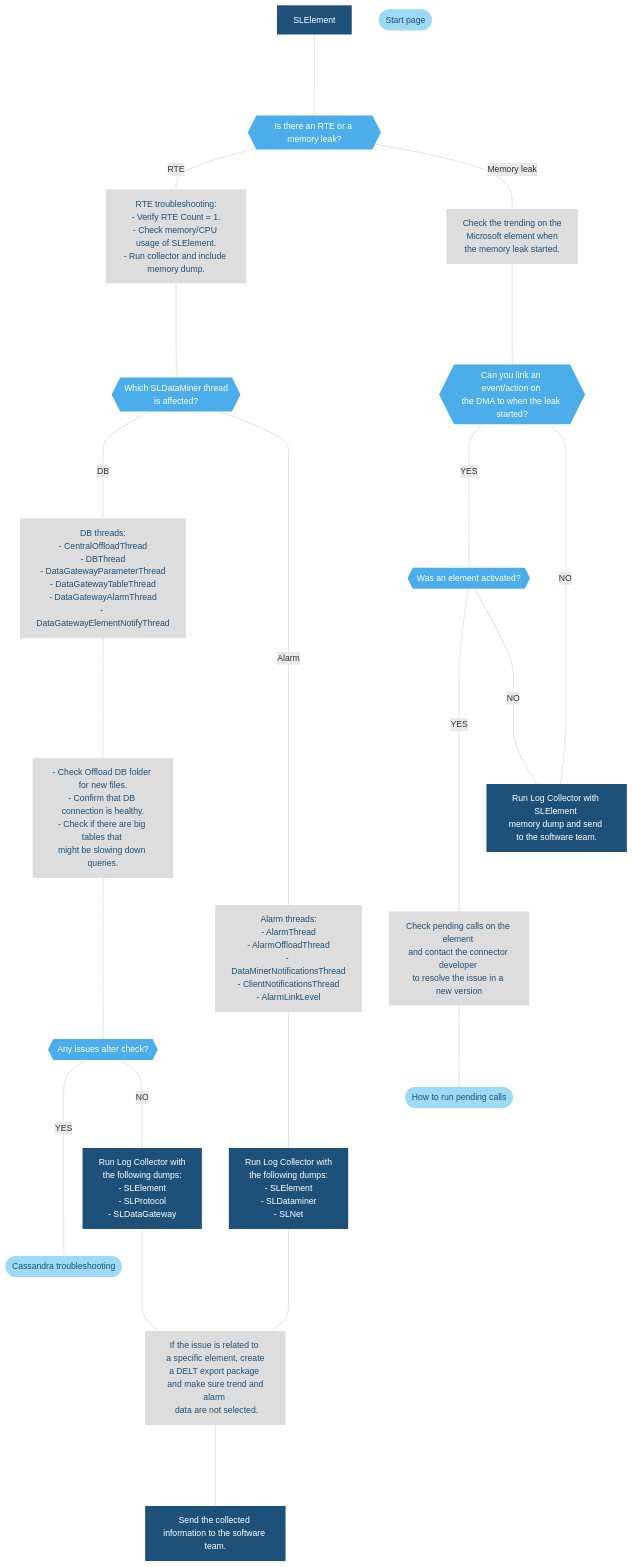
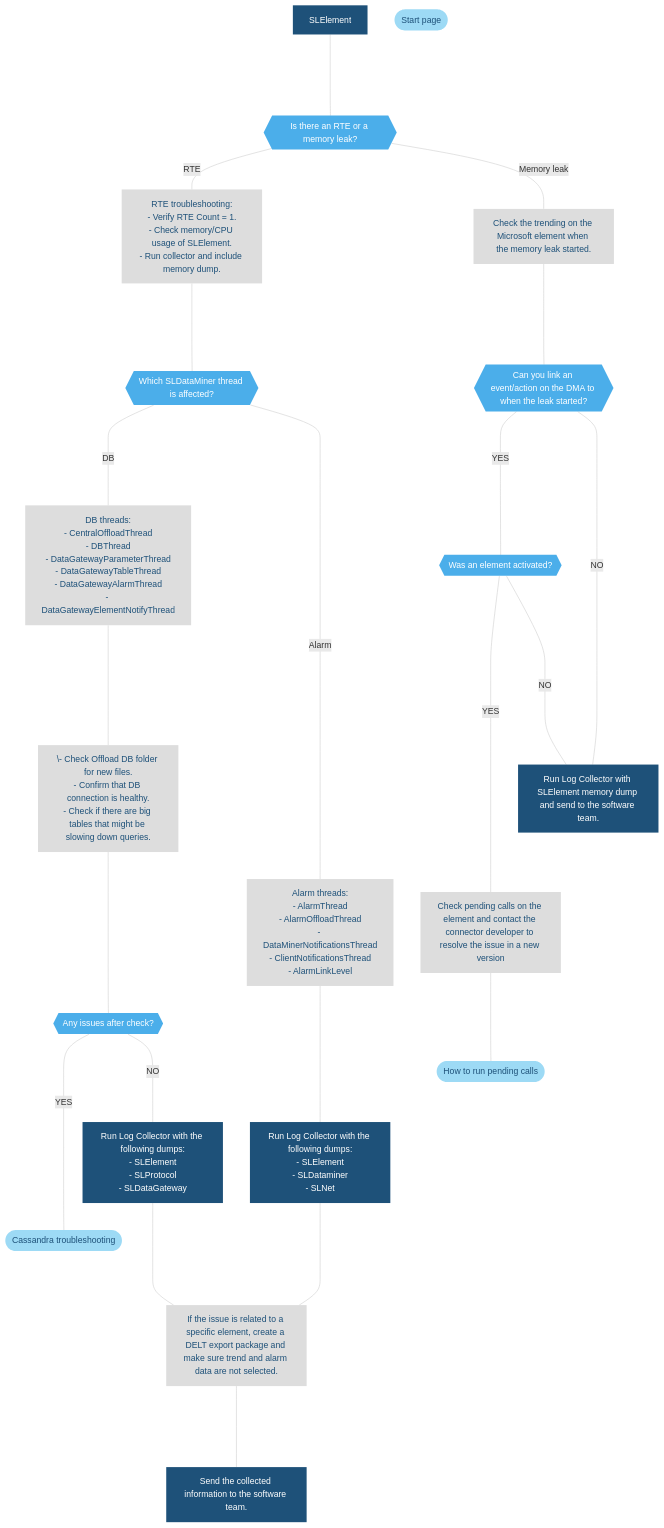
One commit to SkylineCommunications/dataminer-docs changed the diagram in user-guide/Troubleshooting/Troubleshooting_Flowcharts/Troubleshooting_Process_Identification/Main_processes/Troubleshooting_SLElement_exe.md. Above: the diagram before and after it, drawn with Mermaid. The commit also changed 21 other files, not shown here.

````diff
--- a/user-guide/Troubleshooting/Troubleshooting_Flowcharts/Troubleshooting_Process_Identification/Main_processes/Troubleshooting_SLElement_exe.md
+++ b/user-guide/Troubleshooting/Troubleshooting_Flowcharts/Troubleshooting_Process_Identification/Main_processes/Troubleshooting_SLElement_exe.md
@@ -15,58 +15,58 @@
 ```mermaid
 flowchart TD
 %% Define styles %%
 linkStyle default stroke:#cccccc
 classDef LightBlue fill:#9DDAF5,stroke:#000070,stroke-width:0px, color:#1E5179;
 classDef Blue fill:#4BAEEA,stroke:#000070,stroke-width:0px, color:#FFFFFF;
 classDef DarkBlue fill:#1E5179,stroke:#000070,stroke-width:0px, color:#FFFFFF;
 classDef DarkGray fill:#58595B,stroke:#000070,stroke-width:0px, color:#FFFFFF;
 classDef Gray fill:#999999,stroke:#000070,stroke-width:0px, color:#FFFFFF;
 classDef LightGray fill:#DDDDDD,stroke:#000070,stroke-width:0px, color:#1E5179;
 %% Define blocks %%
 Start[SLElement]
 StartPage([Start page])
 RTE{{Is there an RTE or a memory leak?}}
 Watchdog[RTE troubleshooting:<br/>- Verify RTE Count = 1.<br/>- Check memory/CPU usage of SLElement.<br/>- Run collector and include memory dump.]
-Threads{{Which SLDataMiner thread <br>is affected?}}
+Threads{{Which SLDataMiner thread is affected?}}
 ThreadsDB[DB threads:<br/>- CentralOffloadThread<br/>- DBThread<br/>- DataGatewayParameterThread<br/>- DataGatewayTableThread<br/>- DataGatewayAlarmThread<br/>- DataGatewayElementNotifyThread]
-Offload[- Check Offload DB folder for new files.<br/>- Confirm that DB connection is healthy.<br/>- Check if there are big tables that <br>might be slowing down queries.]
+Offload[" \- Check Offload DB folder for new files.<br/>- Confirm that DB connection is healthy.<br/>- Check if there are big tables that might be slowing down queries. "]
 IssuesAfterCheck{{Any issues after check?}}
 CassandraTb([Cassandra troubleshooting])
-DumpDb[Run Log Collector with <br> the following dumps:<br/>- SLElement<br/>- SLProtocol<br/>- SLDataGateway<br/>]
+DumpDb[Run Log Collector with the following dumps:<br/>- SLElement<br/>- SLProtocol<br/>- SLDataGateway]
 ThreadsAlarm[Alarm threads:<br/>- AlarmThread<br/>- AlarmOffloadThread<br/>- DataMinerNotificationsThread<br/>- ClientNotificationsThread<br/>- AlarmLinkLevel]
-DumpAlarm[Run Log Collector with <br> the following dumps:<br/>- SLElement<br/>- SLDataminer<br/>- SLNet<br/>]
-Delt[If the issue is related to <br> a specific element, create a DELT export package <br> and make sure trend and alarm <br> data are not selected.]
+DumpAlarm[Run Log Collector with the following dumps:<br/>- SLElement<br/>- SLDataminer<br/>- SLNet]
+Delt[If the issue is related to a specific element, create a DELT export package and make sure trend and alarm data are not selected.]
 SendSw[Send the collected information to the software team.]
-LogCollectorSw[Run Log Collector with SLElement <br>memory dump and send <br>to the software team.]
-PendingCalls[Check pending calls on the element <br>and contact the connector developer <br>to resolve the issue in a new version]
+LogCollectorSw[Run Log Collector with SLElement memory dump and send to the software team.]
+PendingCalls[Check pending calls on the element and contact the connector developer to resolve the issue in a new version]
 RunPending([How to run pending calls])
-MemoryLeak[Check the trending on the <br>Microsoft element when <br>the memory leak started.]
-LeakStart{{Can you link an event/action on <br>the DMA to when the leak started?}}
+MemoryLeak[Check the trending on the Microsoft element when the memory leak started.]
+LeakStart{{Can you link an event/action on the DMA to when the leak started?}}
 ElementActive{{Was an element activated?}}
 %% Connect blocks %%
 Start ----- RTE
 RTE --- |RTE|Watchdog
 Watchdog ----- Threads
 Threads -----|DB|ThreadsDB
 Threads ---|Alarm|ThreadsAlarm ----- DumpAlarm ----- Delt
 ThreadsDB ----- Offload ---- IssuesAfterCheck -----|YES|CassandraTb
 IssuesAfterCheck----|NO|DumpDb ----- Delt
 Delt ----- SendSw
 PendingCalls ---- RunPending
 RTE ---|Memory leak|MemoryLeak
 MemoryLeak ----- LeakStart
 LeakStart ----- |YES|ElementActive
 ElementActive ------ |YES|PendingCalls
 LeakStart ----- |NO|LogCollectorSw
 ElementActive ----- |NO|LogCollectorSw
 %% Define hyperlinks %%
 click StartPage "/user-guide/Troubleshooting/Troubleshooting_Flowcharts/Finding_a_Root_Cause.html"
 click RunPending "https://docs.dataminer.services/develop/devguide/Connector/Howto/How_to_retrieve_protocol_pending_calls.html"
 click CassandraTb "https://community.dataminer.services/troubleshooting-cassandra/"
 click Delt "/user-guide/Advanced_Functionality/DataMiner_Agents/Exporting_and_importing/Exporting_elements_services_etc_to_a_dmimport_file.html"
 %% Apply styles to blocks %%
 class Start,LogCollectorSw,DumpAlarm,DumpDb,SendSw DarkBlue;
 class Watchdog,MemoryLeak,ThreadsDB,ThreadsAlarm,Offload,PendingCalls,Delt LightGray;
 class ElementRestarted,ElementStop,LeakStart,ElementActive,Threads,RTE,IssuesAfterCheck Blue;
 class StartPage,RunPending,CassandraTb LightBlue;
 ```
````
